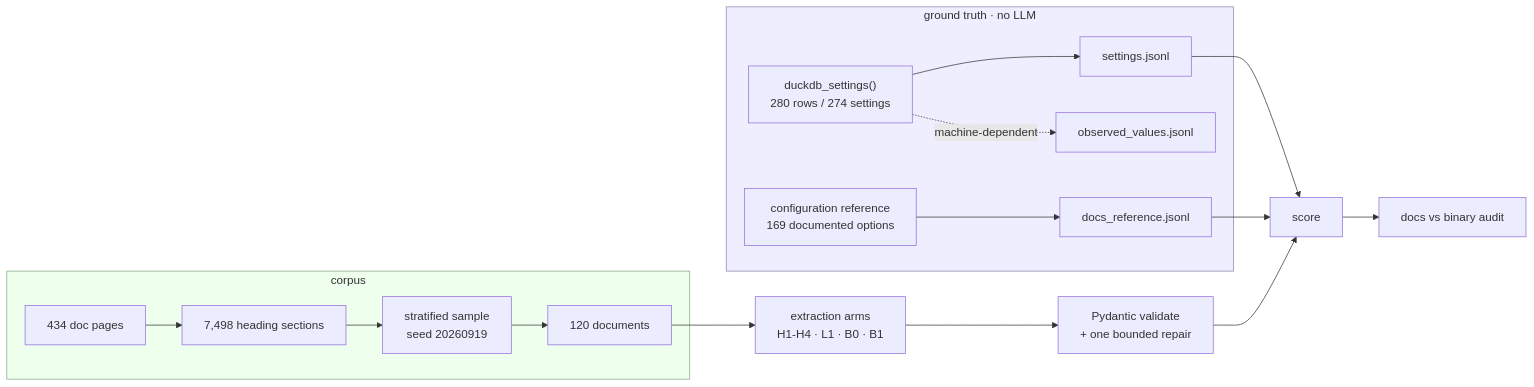
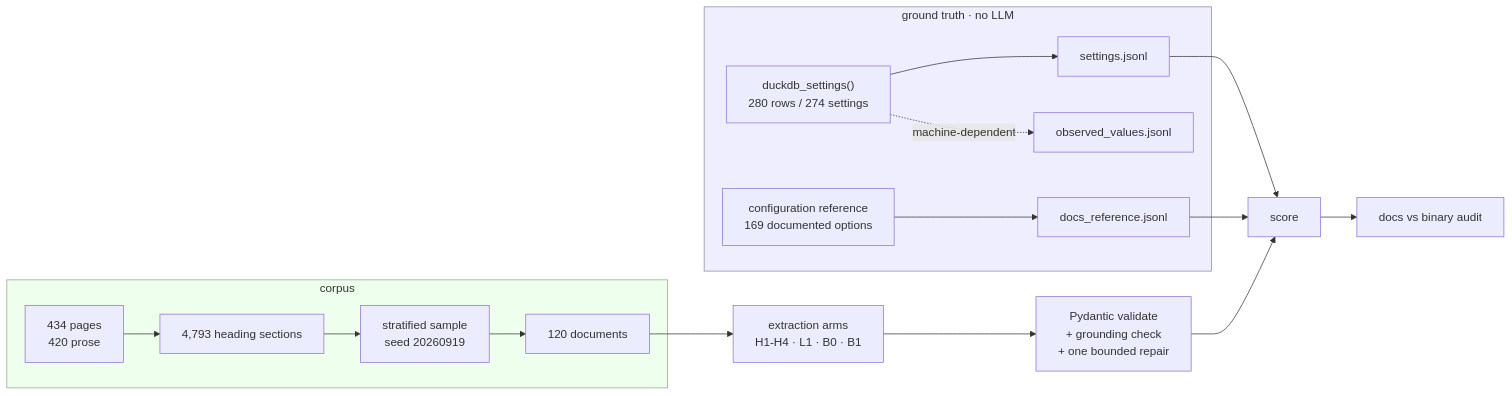
Before and after one commit to Prithv122/structured-extract: the diagram in README.md, drawn with Mermaid. The commit also changed other lines of this file and 2 other files, not shown here.

First line of the commit message:
docs: session 3 -- arm pins, schema rationale, and the corpus defect

````diff
--- a/README.md
+++ b/README.md
@@ -51,22 +57,22 @@
 ```mermaid
 flowchart LR
     subgraph truth["ground truth · no LLM"]
         BIN["duckdb_settings()<br/>280 rows / 274 settings"] --> OR["settings.jsonl"]
         REF["configuration reference<br/>169 documented options"] --> DR["docs_reference.jsonl"]
         BIN -.machine-dependent.-> OV["observed_values.jsonl"]
     end
     subgraph corpus["corpus"]
-        DOCS["434 doc pages"] --> SEC["7,498 heading sections"]
+        DOCS["434 pages<br/>420 prose"] --> SEC["4,793 heading sections"]
         SEC --> SAMP["stratified sample<br/>seed 20260919"]
         SAMP --> CD["120 documents"]
     end
     CD --> ARM["extraction arms<br/>H1-H4 · L1 · B0 · B1"]
-    ARM --> VAL["Pydantic validate<br/>+ one bounded repair"]
+    ARM --> VAL["Pydantic validate<br/>+ grounding check<br/>+ one bounded repair"]
     VAL --> SCORE["score"]
     OR --> SCORE
     DR --> SCORE
     SCORE --> AUDIT["docs vs binary audit"]
 
     style truth fill:#eef,stroke:#88a
     style corpus fill:#efe,stroke:#8a8
 ```
````
